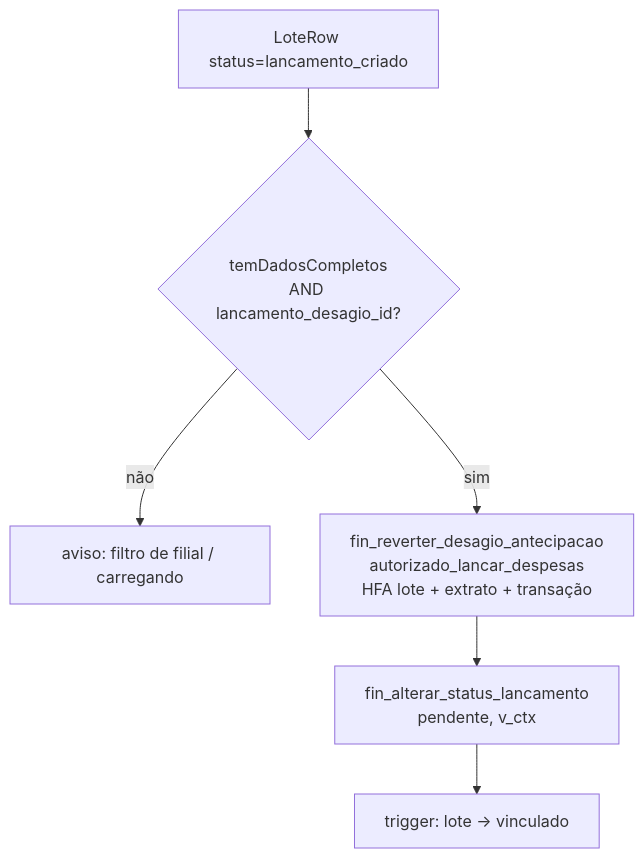
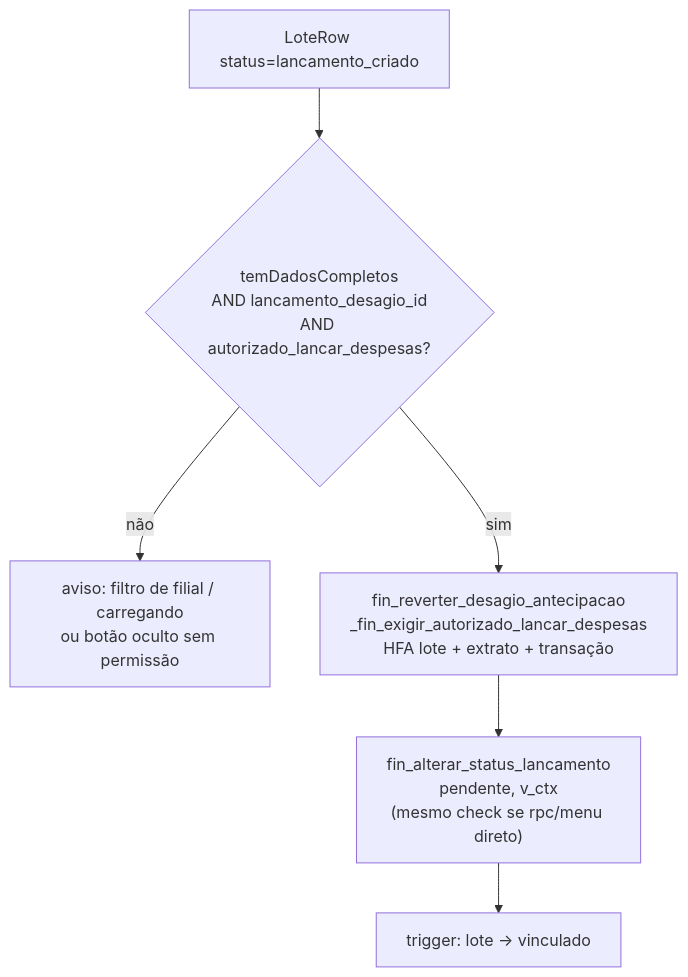
Before and after one commit to adrianoapc/igreja-carvalho: diagram 41 of 41 in docs/diagramas/fluxo-financeiro.md, drawn with Mermaid. The commit also changed other lines of this file and 11 other files, not shown here.

````diff
--- a/docs/diagramas/fluxo-financeiro.md
+++ b/docs/diagramas/fluxo-financeiro.md
@@ -1295,8 +1300,8 @@
 ```mermaid
 flowchart TD
-    CARD["LoteRow status=lancamento_criado"] --> GATE{"temDadosCompletos\nAND lancamento_desagio_id?"}
-    GATE -->|não| AVISO["aviso: filtro de filial / carregando"]
-    GATE -->|sim| RPC["fin_reverter_desagio_antecipacao\nautorizado_lancar_despesas\nHFA lote + extrato + transação"]
-    RPC --> ST["fin_alterar_status_lancamento\npendente, v_ctx"]
+    CARD["LoteRow status=lancamento_criado"] --> GATE{"temDadosCompletos\nAND lancamento_desagio_id\nAND autorizado_lancar_despesas?"}
+    GATE -->|não| AVISO["aviso: filtro de filial / carregando\nou botão oculto sem permissão"]
+    GATE -->|sim| RPC["fin_reverter_desagio_antecipacao\n_fin_exigir_autorizado_lancar_despesas\nHFA lote + extrato + transação"]
+    RPC --> ST["fin_alterar_status_lancamento\npendente, v_ctx\n(mesmo check se rpc/menu direto)"]
     ST --> TRG["trigger: lote → vinculado"]
 ```
````
